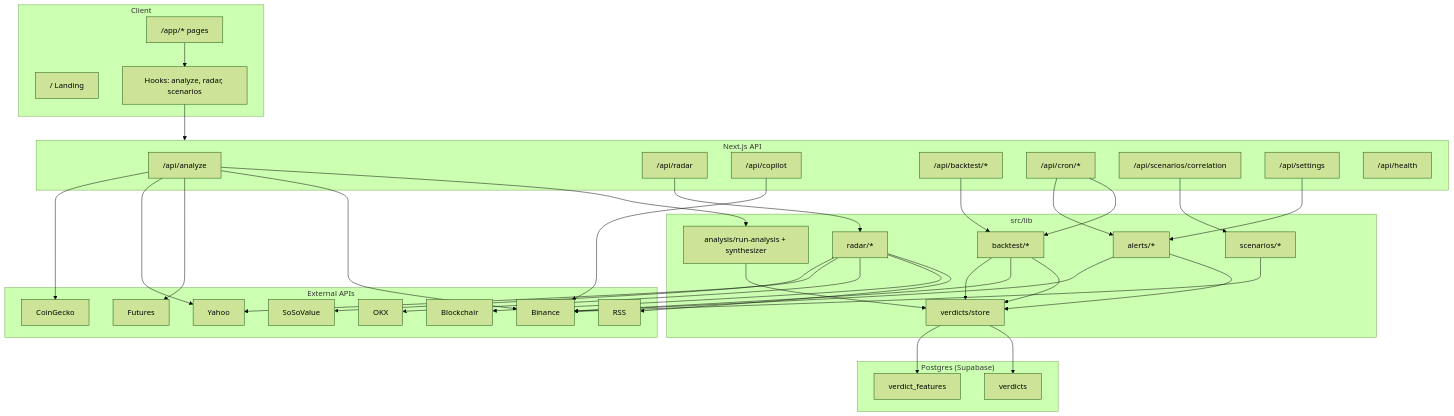
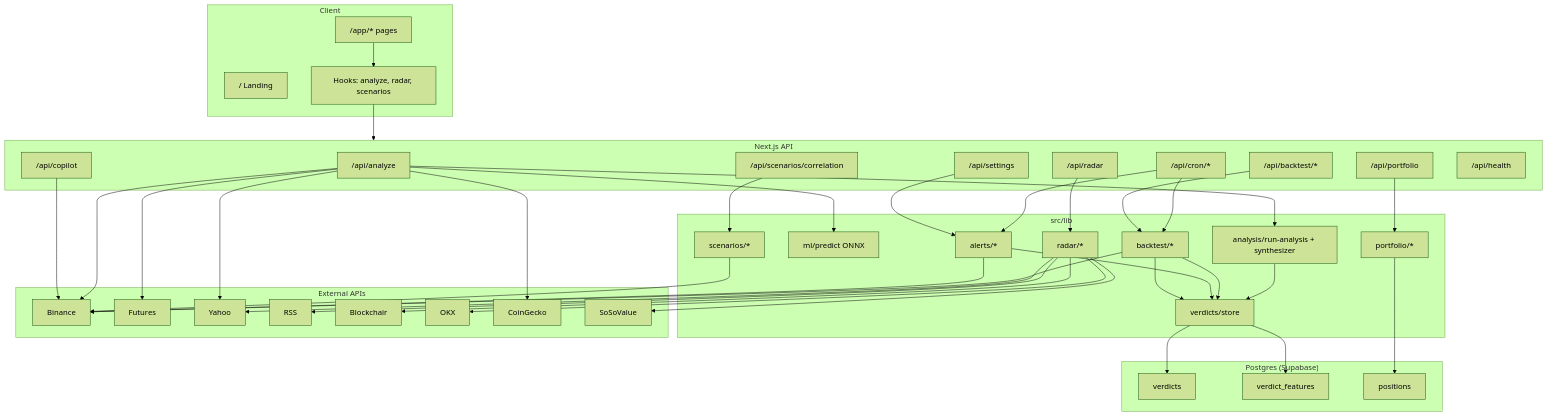
Before and after one commit to bistdheerendra/crypto-tracker: the fourth of 4 diagrams in docs/PROJECT.md, drawn with Mermaid (forest theme). The commit also changed other lines of this file and 2 other files, not shown here.

Commit message:
Retrain and export ML baseline ONNX for live edge.

````diff
--- a/docs/PROJECT.md
+++ b/docs/PROJECT.md
@@ -171,56 +195,62 @@
 ```mermaid
 flowchart TB
   subgraph Client
     Landing["/ Landing"]
     App["/app/* pages"]
     Hooks["Hooks: analyze, radar, scenarios"]
   end
 
   subgraph API["Next.js API"]
     Analyze["/api/analyze"]
     Radar["/api/radar"]
     Copilot["/api/copilot"]
     Backtest["/api/backtest/*"]
+    Portfolio["/api/portfolio"]
     Cron["/api/cron/*"]
     Corr["/api/scenarios/correlation"]
     Settings["/api/settings"]
     Health["/api/health"]
   end
 
   subgraph Lib["src/lib"]
     Synth["analysis/run-analysis + synthesizer"]
+    ML["ml/predict ONNX"]
     Store["verdicts/store"]
     RadarLib["radar/*"]
     BT["backtest/*"]
     Alerts["alerts/*"]
     Scen["scenarios/*"]
+    Port["portfolio/*"]
   end
 
   subgraph Ext["External APIs"]
     Binance
     Futures
     Yahoo
     RSS
     Blockchair
     OKX
     CoinGecko
     SoSoValue
   end
 
   subgraph DB["Postgres (Supabase)"]
     VerdictsTable["verdicts"]
     FeaturesTable["verdict_features"]
+    PositionsTable["positions"]
   end
 
   App --> Hooks --> API
   Analyze --> Synth --> Store
+  Analyze --> ML
   Store --> VerdictsTable
   Store --> FeaturesTable
+  Portfolio --> Port --> PositionsTable
   Analyze --> Binance & Futures & Yahoo & CoinGecko
   Radar --> RadarLib --> RSS & Blockchair & OKX & Yahoo & SoSoValue
   Cron --> BT & Alerts --> Store & Binance
   Backtest --> BT --> Store
   Corr --> Scen --> Binance
   Copilot --> Binance
   Settings --> Alerts
 ```
````
